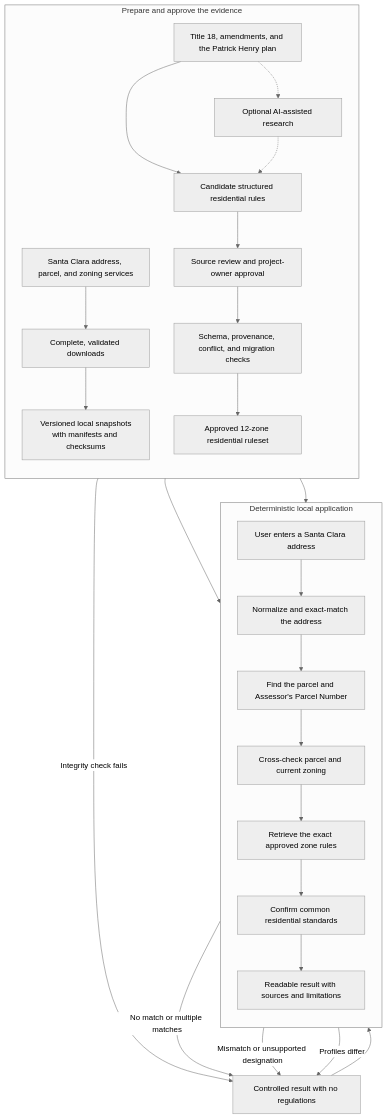
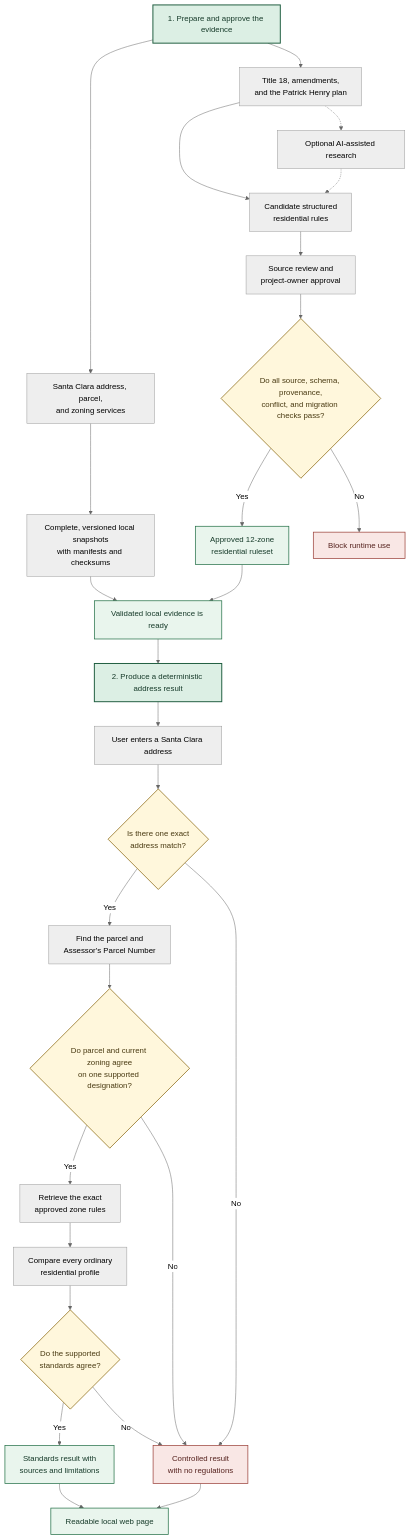
One commit to sukritganesh/SantaClaraZoningTool changed the diagram in docs/santa-clara-zoning-explorer-report.md. Above: the diagram before and after it, drawn with Mermaid (neutral theme). The commit also changed other lines of this file, not shown here.

Commit message:
docs: polish project workflow diagram

````diff
--- a/docs/santa-clara-zoning-explorer-report.md
+++ b/docs/santa-clara-zoning-explorer-report.md
@@ -68,34 +68,45 @@
 ```mermaid
 flowchart TB
-    subgraph preparation["Prepare and approve the evidence"]
-        direction TB
-        gis["Santa Clara address, parcel, and zoning services"] --> download["Complete, validated downloads"]
-        download --> snapshots["Versioned local snapshots<br/>with manifests and checksums"]
+    prepare["1. Prepare and approve the evidence"]
 
-        sources["Title 18, amendments, and the Patrick Henry plan"] --> candidates["Candidate structured residential rules"]
-        sources -.-> ai["Optional AI-assisted research"]
-        ai -.-> candidates
-        candidates --> review["Source review and project-owner approval"]
-        review --> gates["Schema, provenance, conflict, and migration checks"]
-        gates --> ruleset["Approved 12-zone residential ruleset"]
-    end
+    prepare --> gis["Santa Clara address, parcel,<br/>and zoning services"]
+    gis --> snapshots["Complete, versioned local snapshots<br/>with manifests and checksums"]
 
-    subgraph runtime["Deterministic local application"]
-        direction TB
-        user["User enters a Santa Clara address"] --> address["Normalize and exact-match the address"]
-        address --> parcel["Find the parcel and Assessor's Parcel Number"]
-        parcel --> zoning["Cross-check parcel and current zoning"]
-        zoning --> rules["Retrieve the exact approved zone rules"]
-        rules --> summary["Confirm common residential standards"]
-        summary --> result["Readable result with sources and limitations"]
-    end
+    prepare --> sources["Title 18, amendments,<br/>and the Patrick Henry plan"]
+    sources --> candidates["Candidate structured<br/>residential rules"]
+    sources -.-> ai["Optional AI-assisted research"]
+    ai -.-> candidates
+    candidates --> review["Source review and<br/>project-owner approval"]
+    review --> gates{"Do all source, schema, provenance,<br/>conflict, and migration checks pass?"}
+    gates -->|Yes| ruleset["Approved 12-zone<br/>residential ruleset"]
+    gates -->|No| blocked["Block runtime use"]
 
-    snapshots --> address
-    ruleset --> rules
+    snapshots --> ready["Validated local evidence is ready"]
+    ruleset --> ready
 
-    address -->|No match or multiple matches| safe["Controlled result with no regulations"]
-    zoning -->|Mismatch or unsupported designation| safe
-    gates -->|Integrity check fails| safe
-    summary -->|Profiles differ| safe
-    safe --> result
+    ready --> runtime["2. Produce a deterministic address result"]
+    runtime --> user["User enters a Santa Clara address"]
+    user --> address{"Is there one exact<br/>address match?"}
+    address -->|Yes| parcel["Find the parcel and<br/>Assessor's Parcel Number"]
+    address -->|No| safe["Controlled result<br/>with no regulations"]
+    parcel --> zoning{"Do parcel and current zoning agree<br/>on one supported designation?"}
+    zoning -->|Yes| rules["Retrieve the exact<br/>approved zone rules"]
+    zoning -->|No| safe
+    rules --> compare["Compare every ordinary<br/>residential profile"]
+    compare --> summary{"Do the supported<br/>standards agree?"}
+    summary -->|Yes| standards["Standards result with<br/>sources and limitations"]
+    summary -->|No| safe
+
+    standards --> page["Readable local web page"]
+    safe --> page
+
+    classDef phase fill:#dcefe4,stroke:#1f5d3f,stroke-width:2px,color:#173b2a;
+    classDef decision fill:#fff7dc,stroke:#8a6811,stroke-width:1.5px,color:#493a12;
+    classDef success fill:#e9f5ed,stroke:#28734b,stroke-width:1.5px,color:#173b2a;
+    classDef stop fill:#f9e7e5,stroke:#9d443d,stroke-width:1.5px,color:#55211d;
+
+    class prepare,runtime phase;
+    class gates,address,zoning,summary decision;
+    class ready,ruleset,standards,page success;
+    class blocked,safe stop;
 ```
````
